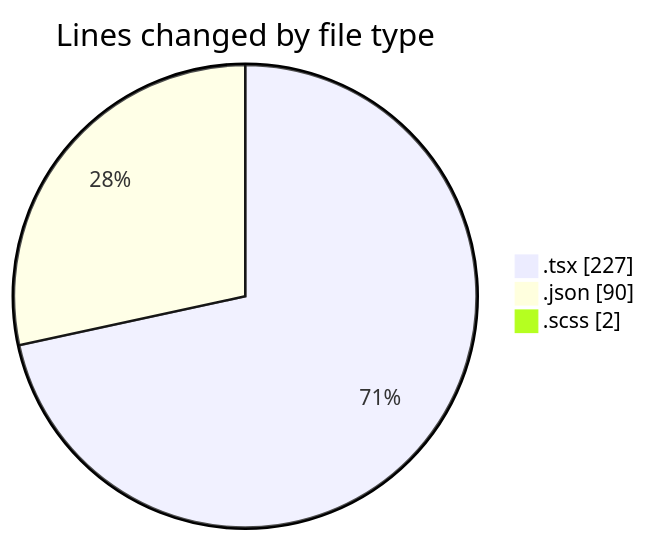
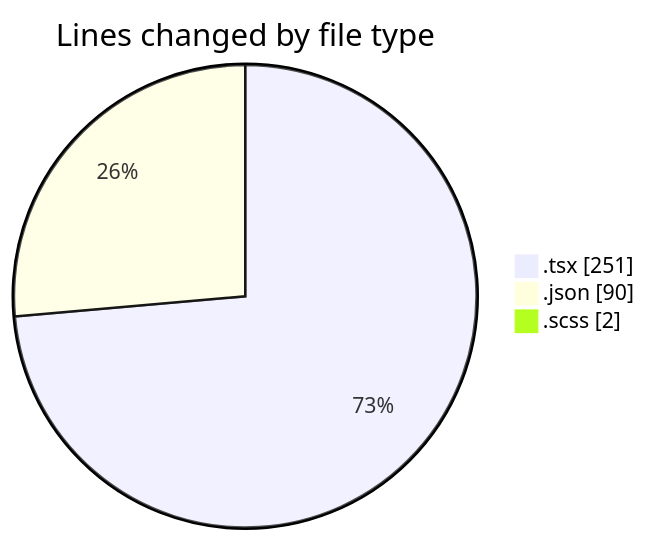
The first of 2 diagrams in 2026-05-13/cda/README.md (momahboobian/code-tracking), drawn with Mermaid before and after one commit. The commit also changed other lines of this file and 1 other file, not shown here.

````diff
--- a/2026-05-13/cda/README.md
+++ b/2026-05-13/cda/README.md
@@ -24,7 +24,7 @@
 ```mermaid
 pie showData
 title Lines changed by file type
-".tsx" : 227
+".tsx" : 251
 ".json" : 90
 ".scss" : 2
 ```
````
